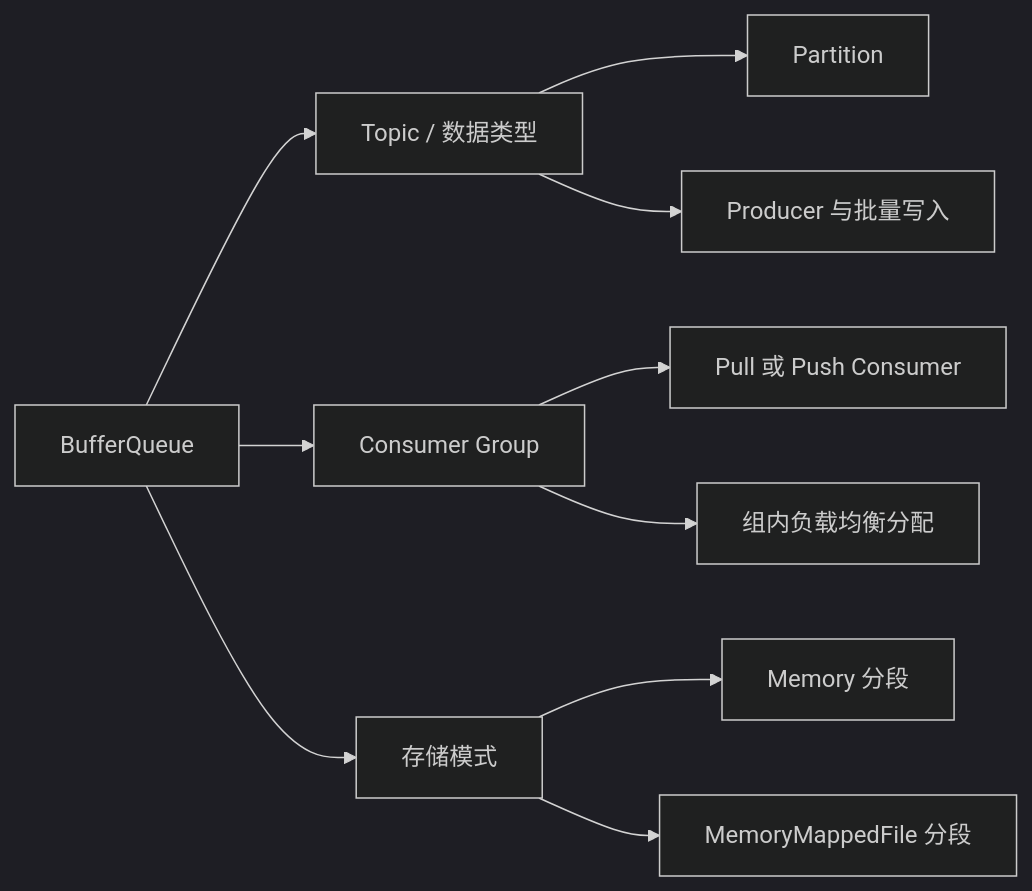
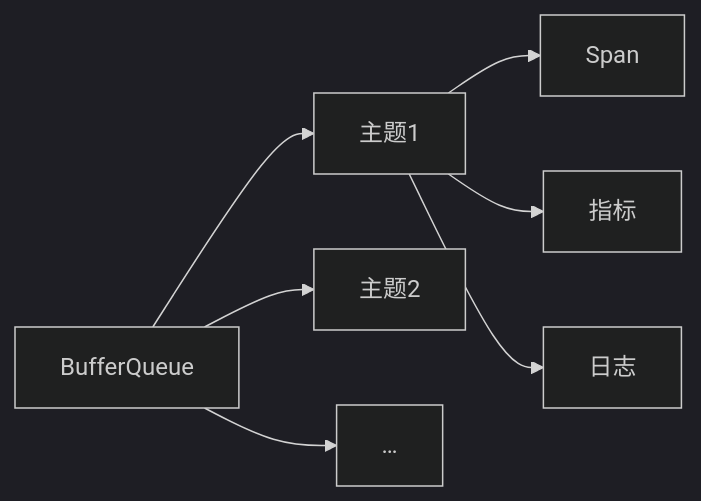
One commit to eventhorizon-cli/BufferQueue changed the diagram in docs/assets/BufferQueueMindMap.zh-CN.mmd. Above: the diagram before and after it, drawn with Mermaid (dark theme). The commit also changed 5 other files, not shown here.

Commit message:
fix: preserve original diagram layouts in SVG

```diff
--- a/docs/assets/BufferQueueMindMap.zh-CN.mmd
+++ b/docs/assets/BufferQueueMindMap.zh-CN.mmd
@@ -1,10 +1,7 @@
 flowchart LR
-    Q[BufferQueue] --> T[Topic / 数据类型]
-    Q --> G[Consumer Group]
-    Q --> S[存储模式]
-    T --> P[Partition]
-    T --> R[Producer 与批量写入]
-    G --> C[Pull 或 Push Consumer]
-    G --> A[组内负载均衡分配]
-    S --> M[Memory 分段]
-    S --> F[MemoryMappedFile 分段]
+    Q[BufferQueue] --> T1[主题1]
+    Q --> T2[主题2]
+    Q --> More[…]
+    T1 --> Span[Span]
+    T1 --> Metric[指标]
+    T1 --> Log[日志]
```
